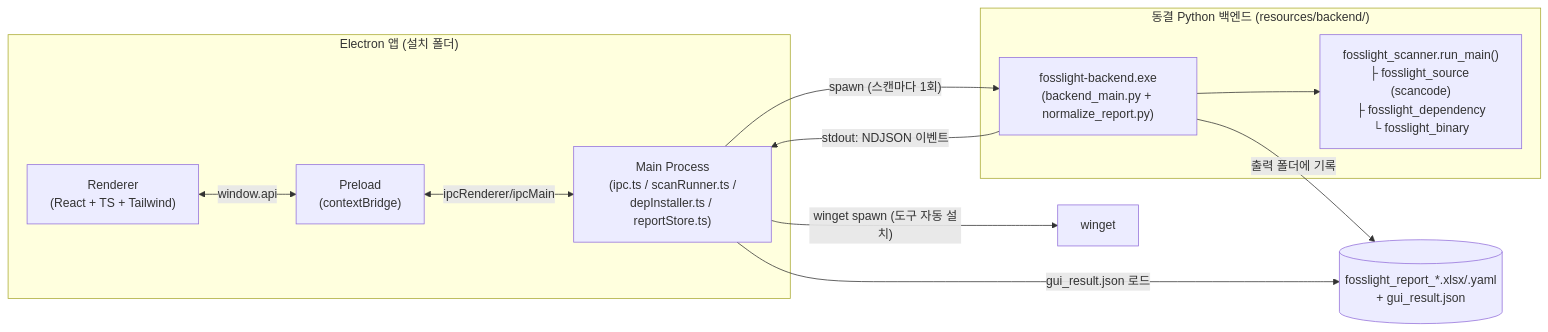
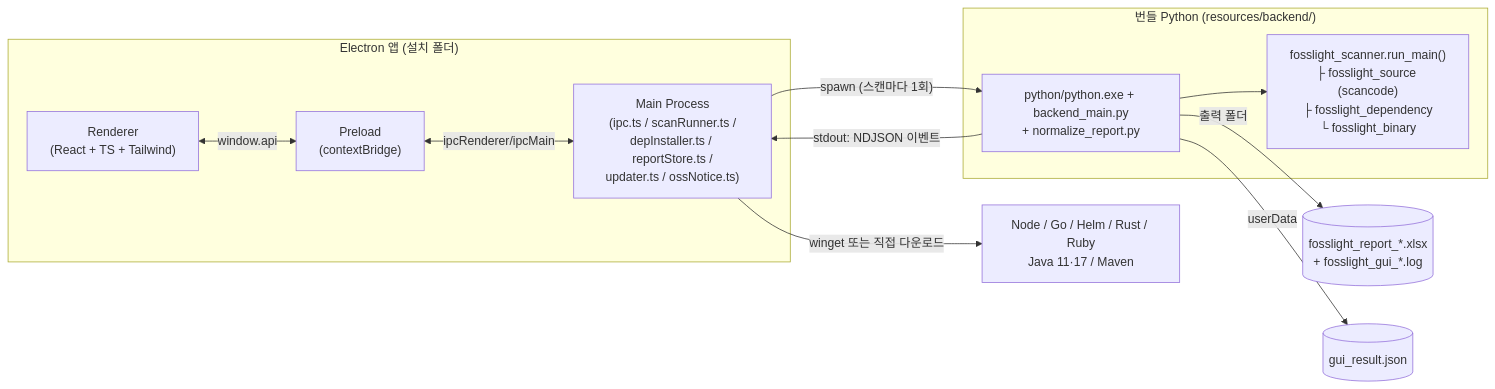
Before and after one commit to fosslight/fosslight_scanner_gui: the diagram in docs/01-architecture.md, drawn with Mermaid. The commit also changed other lines of this file and 8 other files, not shown here.

````diff
--- a/docs/01-architecture.md
+++ b/docs/01-architecture.md
@@ -11,22 +11,22 @@
 ```mermaid
 flowchart LR
     subgraph Electron["Electron 앱 (설치 폴더)"]
         R["Renderer<br/>(React + TS + Tailwind)"]
         P["Preload<br/>(contextBridge)"]
-        M["Main Process<br/>(ipc.ts / scanRunner.ts /<br/>depInstaller.ts / reportStore.ts)"]
+        M["Main Process<br/>(ipc.ts / scanRunner.ts /<br/>depInstaller.ts / reportStore.ts /<br/>updater.ts / ossNotice.ts)"]
         R <-->|window.api| P
         P <-->|ipcRenderer/ipcMain| M
     end
 
-    subgraph Backend["동결 Python 백엔드 (resources/backend/)"]
-        B["fosslight-backend.exe<br/>(backend_main.py + normalize_report.py)"]
+    subgraph Backend["번들 Python (resources/backend/)"]
+        B["python/python.exe + backend_main.py<br/>+ normalize_report.py"]
         F["fosslight_scanner.run_main()<br/>├ fosslight_source (scancode)<br/>├ fosslight_dependency<br/>└ fosslight_binary"]
         B --> F
     end
 
     M -->|"spawn (스캔마다 1회)"| B
     B -->|"stdout: NDJSON 이벤트"| M
-    B -->|"출력 폴더에 기록"| OUT[("fosslight_report_*.xlsx/.yaml<br/>+ gui_result.json")]
-    M -->|"gui_result.json 로드"| OUT
-    M -->|"winget spawn (도구 자동 설치)"| W["winget"]
+    B -->|"출력 폴더"| OUT[("fosslight_report_*.xlsx<br/>+ fosslight_gui_*.log")]
+    B -->|"userData"| JSON[("gui_result.json")]
+    M -->|"winget 또는 직접 다운로드"| W["Node / Go / Helm / Rust / Ruby<br/>Java 11·17 / Maven"]
 ```
````
